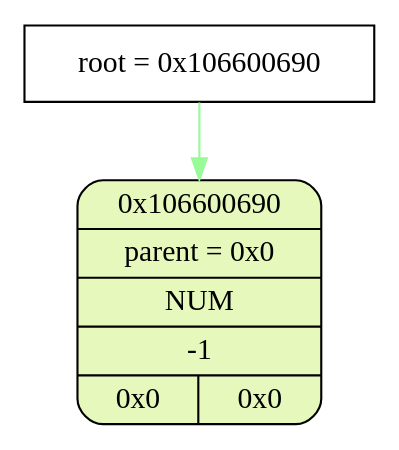
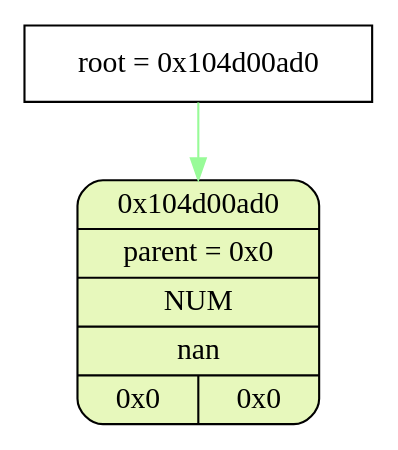
One commit to esgalimov/differentiator changed the diagram in tmp/graphviz.dot. Above: the diagram before and after it, drawn with Graphviz. The commit also changed 12 other files, not shown here.

```diff
--- a/tmp/graphviz.dot
+++ b/tmp/graphviz.dot
@@ -1,8 +1,8 @@
 digraph
 {
-    node_info[shape = record, label = "{root = 0x106600690}"];
+    node_info[shape = record, label = "{root = 0x104d00ad0}"];
 
-    node_info->node_0x106600690 [color = "#98FB98"];
-    node_0x106600690[shape = Mrecord, label = "{{0x106600690} | {parent =  0x0} | {NUM} | {-1} | {0x0 | 0x0}}",
+    node_info->node_0x104d00ad0 [color = "#98FB98"];
+    node_0x104d00ad0[shape = Mrecord, label = "{{0x104d00ad0} | {parent =  0x0} | {NUM} | {nan} | {0x0 | 0x0}}",
                 style="filled", fillcolor="#E7F8BC"];
 }
```
